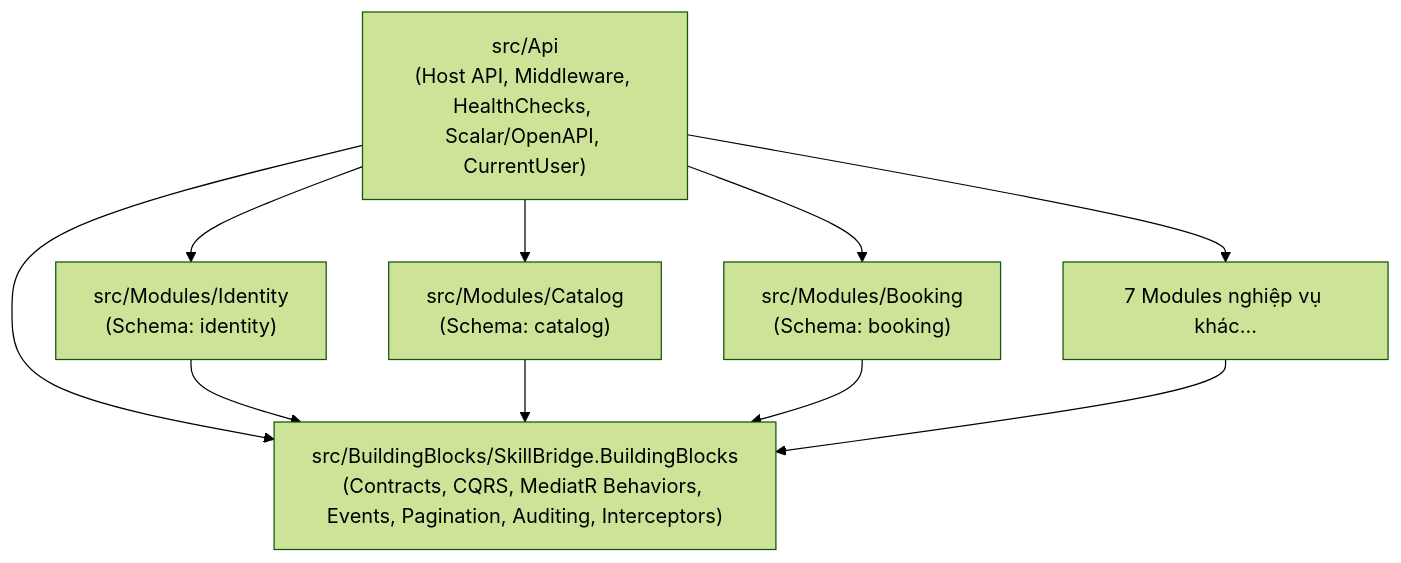
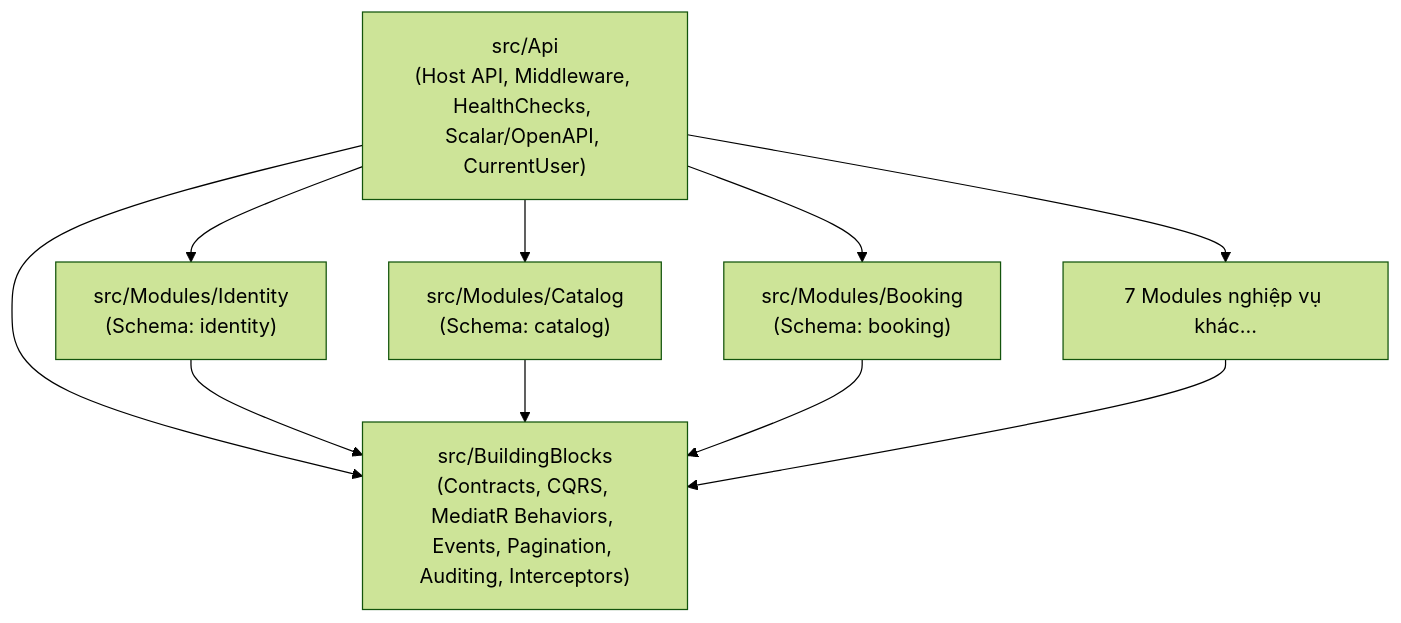
Before and after one commit to SkillBrigde/skillbridge-api: the diagram in docs/setup-guide.md, drawn with Mermaid (forest theme). The commit also changed other lines of this file and 51 other files, not shown here.

Commit message:
refactor: simplify BuildingBlocks project structure

````diff
--- a/docs/setup-guide.md
+++ b/docs/setup-guide.md
@@ -25,22 +25,22 @@
 ```mermaid
 graph TD
     Bootstrapper["src/Api<br/>(Host API, Middleware, HealthChecks, Scalar/OpenAPI, CurrentUser)"]
 
-    BB["src/BuildingBlocks/SkillBridge.BuildingBlocks<br/>(Contracts, CQRS, MediatR Behaviors, Events, Pagination, Auditing, Interceptors)"]
+    BB["src/BuildingBlocks<br/>(Contracts, CQRS, MediatR Behaviors, Events, Pagination, Auditing, Interceptors)"]
 
     ModIdentity["src/Modules/Identity<br/>(Schema: identity)"]
     ModCatalog["src/Modules/Catalog<br/>(Schema: catalog)"]
     ModBooking["src/Modules/Booking<br/>(Schema: booking)"]
     ModOther["7 Modules nghiệp vụ khác..."]
 
     Bootstrapper --> ModIdentity
     Bootstrapper --> ModCatalog
     Bootstrapper --> ModBooking
     Bootstrapper --> ModOther
     Bootstrapper --> BB
 
     ModIdentity --> BB
     ModCatalog --> BB
     ModBooking --> BB
     ModOther --> BB
 ```
````
